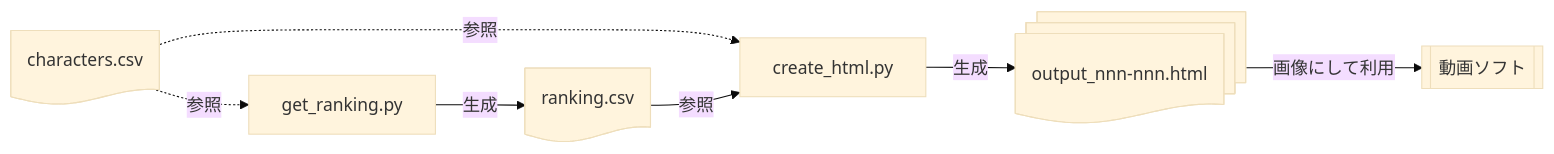
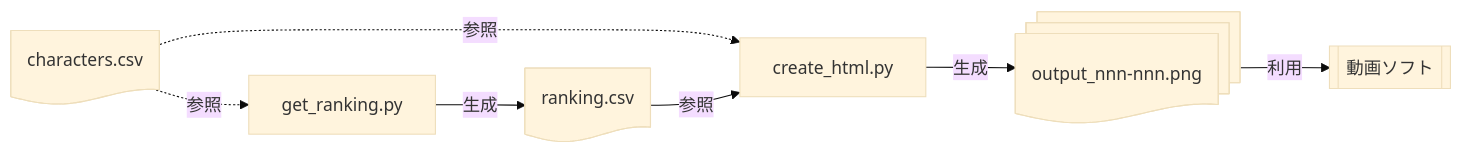
One commit to EdaCha/inmu-family-ranking changed the diagram in README.md. Above: the diagram before and after it, drawn with Mermaid (base theme). The commit also changed other lines of this file and 5 other files, not shown here.

````diff
--- a/README.md
+++ b/README.md
@@ -5,17 +5,17 @@
 ```mermaid
 graph LR
     A[get_ranking.py]
     B@{ shape: doc, label: "ranking.csv" }
     C[create_html.py]
-    D@{ shape: docs, label: "output_nnn-nnn.html" }
+    D@{ shape: docs, label: "output_nnn-nnn.png" }
     E@{ shape: fr-rect, label: "動画ソフト"}
     F@{ shape: doc, label: "characters.csv" }
 
     F -.->|参照| A
     F -.->|参照| C
     
     A -->|生成| B
     B -->|参照| C
     C -->|生成| D
-    D -->|画像にして利用| E
+    D -->|利用| E
 ```
````
